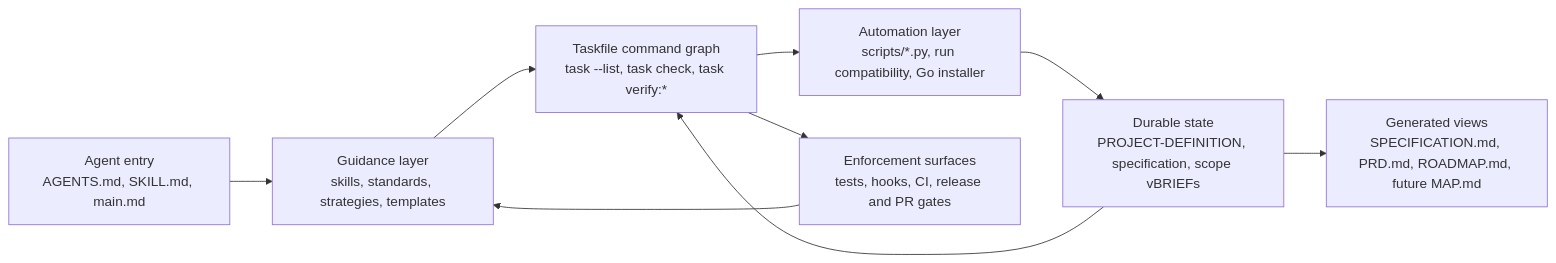
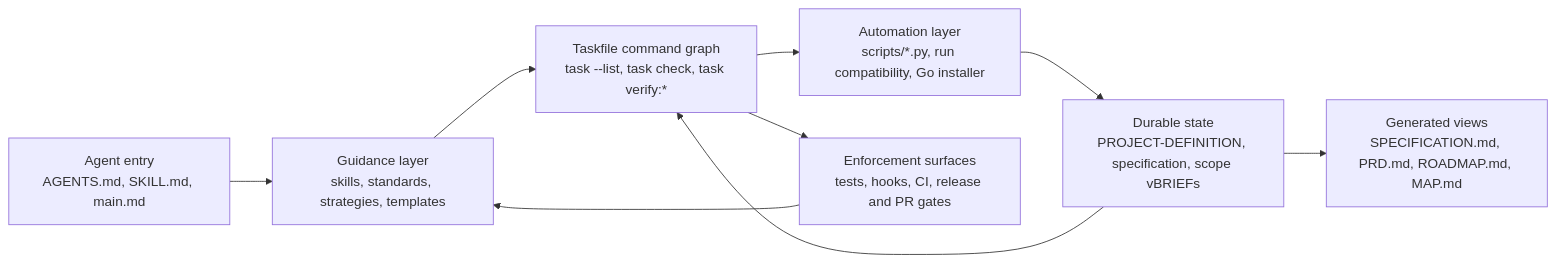
The first of 6 diagrams in docs/ARCHITECTURE.md (dbcall2/directive), drawn with Mermaid before and after one commit. The commit also changed other lines of this file and 24 other files, not shown here.

````diff
--- a/docs/ARCHITECTURE.md
+++ b/docs/ARCHITECTURE.md
@@ -27,11 +27,11 @@
 ```mermaid
 flowchart LR
     A["Agent entry<br/>AGENTS.md, SKILL.md, main.md"] --> B["Guidance layer<br/>skills, standards, strategies, templates"]
     B --> C["Taskfile command graph<br/>task --list, task check, task verify:*"]
     C --> D["Automation layer<br/>scripts/*.py, run compatibility, Go installer"]
     D --> E["Durable state<br/>PROJECT-DEFINITION, specification, scope vBRIEFs"]
-    E --> F["Generated views<br/>SPECIFICATION.md, PRD.md, ROADMAP.md, future MAP.md"]
+    E --> F["Generated views<br/>SPECIFICATION.md, PRD.md, ROADMAP.md, MAP.md"]
     E --> C
     C --> G["Enforcement surfaces<br/>tests, hooks, CI, release and PR gates"]
     G --> B
 ```
````
